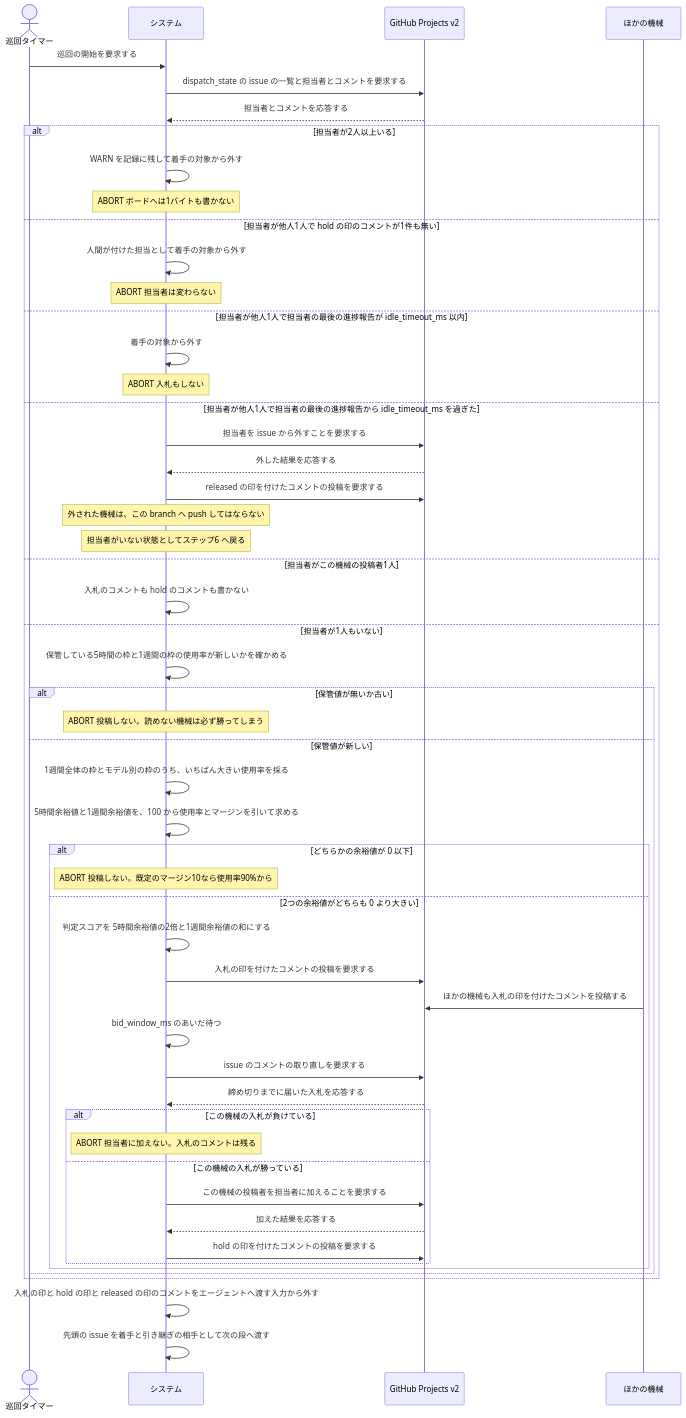
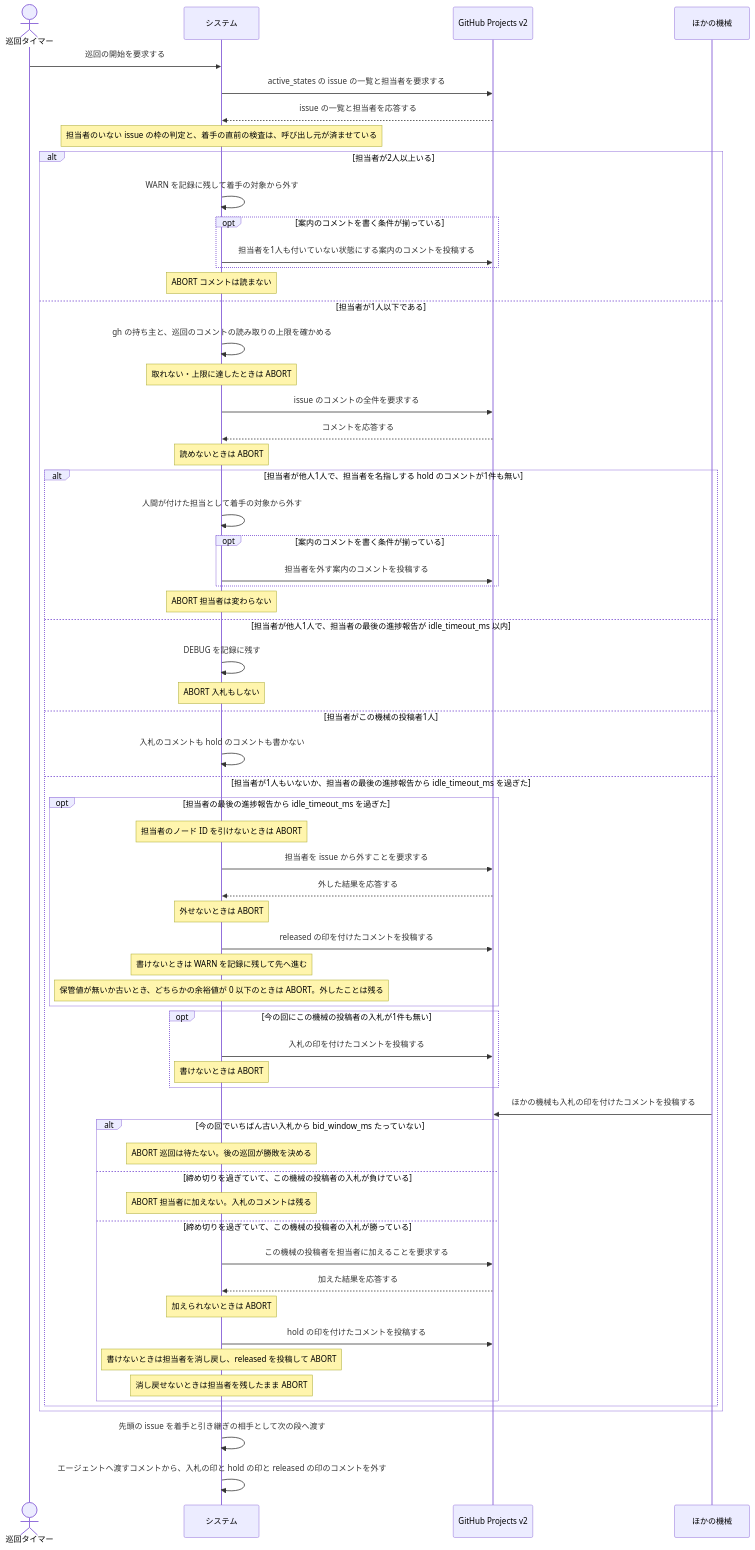
The second of 2 diagrams in docs/spec/usecases/particular_case/issue の担当を入札で決める.rucm.md (maimuzo/continuo), drawn with Mermaid before and after one commit. The commit also changed other lines of this file and 122 other files, not shown here.

````diff
--- a/docs/spec/usecases/particular_case/issue の担当を入札で決める.rucm.md
+++ b/docs/spec/usecases/particular_case/issue の担当を入札で決める.rucm.md
@@ -435,56 +688,66 @@
 ```mermaid
 sequenceDiagram
     actor T as 巡回タイマー
     participant S as システム
     participant GH as GitHub Projects v2
     participant M as ほかの機械
 
     T->>S: 巡回の開始を要求する
-    S->>GH: dispatch_state の issue の一覧と担当者とコメントを要求する
-    GH-->>S: 担当者とコメントを応答する
+    S->>GH: active_states の issue の一覧と担当者を要求する
+    GH-->>S: issue の一覧と担当者を応答する
+    Note over S: 担当者のいない issue の枠の判定と、着手の直前の検査は、呼び出し元が済ませている
     alt 担当者が2人以上いる
         S->>S: WARN を記録に残して着手の対象から外す
-        Note over S: ABORT ボードへは1バイトも書かない
-    else 担当者が他人1人で hold の印のコメントが1件も無い
-        S->>S: 人間が付けた担当として着手の対象から外す
-        Note over S: ABORT 担当者は変わらない
-    else 担当者が他人1人で担当者の最後の進捗報告が idle_timeout_ms 以内
-        S->>S: 着手の対象から外す
-        Note over S: ABORT 入札もしない
-    else 担当者が他人1人で担当者の最後の進捗報告から idle_timeout_ms を過ぎた
-        S->>GH: 担当者を issue から外すことを要求する
-        GH-->>S: 外した結果を応答する
-        S->>GH: released の印を付けたコメントの投稿を要求する
-        Note over S: 外された機械は、この branch へ push してはならない
-        Note over S: 担当者がいない状態としてステップ6 へ戻る
-    else 担当者がこの機械の投稿者1人
-        S->>S: 入札のコメントも hold のコメントも書かない
-    else 担当者が1人もいない
-        S->>S: 保管している5時間の枠と1週間の枠の使用率が新しいかを確かめる
-        alt 保管値が無いか古い
-            Note over S: ABORT 投稿しない。読めない機械は必ず勝ってしまう
-        else 保管値が新しい
-            S->>S: 1週間全体の枠とモデル別の枠のうち、いちばん大きい使用率を採る
-            S->>S: 5時間余裕値と1週間余裕値を、100 から使用率とマージンを引いて求める
-            alt どちらかの余裕値が 0 以下
-                Note over S: ABORT 投稿しない。既定のマージン10なら使用率90%から
-            else 2つの余裕値がどちらも 0 より大きい
-                S->>S: 判定スコアを 5時間余裕値の2倍と1週間余裕値の和にする
-                S->>GH: 入札の印を付けたコメントの投稿を要求する
-                M->>GH: ほかの機械も入札の印を付けたコメントを投稿する
-                S->>S: bid_window_ms のあいだ待つ
-                S->>GH: issue のコメントの取り直しを要求する
-                GH-->>S: 締め切りまでに届いた入札を応答する
-                alt この機械の入札が負けている
-                    Note over S: ABORT 担当者に加えない。入札のコメントは残る
-                else この機械の入札が勝っている
-                    S->>GH: この機械の投稿者を担当者に加えることを要求する
-                    GH-->>S: 加えた結果を応答する
-                    S->>GH: hold の印を付けたコメントの投稿を要求する
-                end
+        opt 案内のコメントを書く条件が揃っている
+            S->>GH: 担当者を1人も付いていない状態にする案内のコメントを投稿する
+        end
+        Note over S: ABORT コメントは読まない
+    else 担当者が1人以下である
+        S->>S: gh の持ち主と、巡回のコメントの読み取りの上限を確かめる
+        Note over S: 取れない・上限に達したときは ABORT
+        S->>GH: issue のコメントの全件を要求する
+        GH-->>S: コメントを応答する
+        Note over S: 読めないときは ABORT
+        alt 担当者が他人1人で、担当者を名指しする hold のコメントが1件も無い
+            S->>S: 人間が付けた担当として着手の対象から外す
+            opt 案内のコメントを書く条件が揃っている
+                S->>GH: 担当者を外す案内のコメントを投稿する
+            end
+            Note over S: ABORT 担当者は変わらない
+        else 担当者が他人1人で、担当者の最後の進捗報告が idle_timeout_ms 以内
+            S->>S: DEBUG を記録に残す
+            Note over S: ABORT 入札もしない
+        else 担当者がこの機械の投稿者1人
+            S->>S: 入札のコメントも hold のコメントも書かない
+        else 担当者が1人もいないか、担当者の最後の進捗報告から idle_timeout_ms を過ぎた
+            opt 担当者の最後の進捗報告から idle_timeout_ms を過ぎた
+                Note over S: 担当者のノード ID を引けないときは ABORT
+                S->>GH: 担当者を issue から外すことを要求する
+                GH-->>S: 外した結果を応答する
+                Note over S: 外せないときは ABORT
+                S->>GH: released の印を付けたコメントを投稿する
+                Note over S: 書けないときは WARN を記録に残して先へ進む
+                Note over S: 保管値が無いか古いとき、どちらかの余裕値が 0 以下のときは ABORT。外したことは残る
+            end
+            opt 今の回にこの機械の投稿者の入札が1件も無い
+                S->>GH: 入札の印を付けたコメントを投稿する
+                Note over S: 書けないときは ABORT
+            end
+            M->>GH: ほかの機械も入札の印を付けたコメントを投稿する
+            alt 今の回でいちばん古い入札から bid_window_ms たっていない
+                Note over S: ABORT 巡回は待たない。後の巡回が勝敗を決める
+            else 締め切りを過ぎていて、この機械の投稿者の入札が負けている
+                Note over S: ABORT 担当者に加えない。入札のコメントは残る
+            else 締め切りを過ぎていて、この機械の投稿者の入札が勝っている
+                S->>GH: この機械の投稿者を担当者に加えることを要求する
+                GH-->>S: 加えた結果を応答する
+                Note over S: 加えられないときは ABORT
+                S->>GH: hold の印を付けたコメントを投稿する
+                Note over S: 書けないときは担当者を消し戻し、released を投稿して ABORT
+                Note over S: 消し戻せないときは担当者を残したまま ABORT
             end
         end
     end
-    S->>S: 入札の印と hold の印と released の印のコメントをエージェントへ渡す入力から外す
     S->>S: 先頭の issue を着手と引き継ぎの相手として次の段へ渡す
+    S->>S: エージェントへ渡すコメントから、入札の印と hold の印と released の印のコメントを外す
 ```
````
